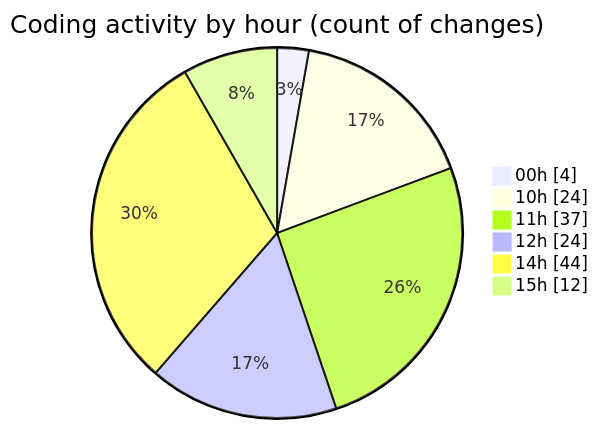
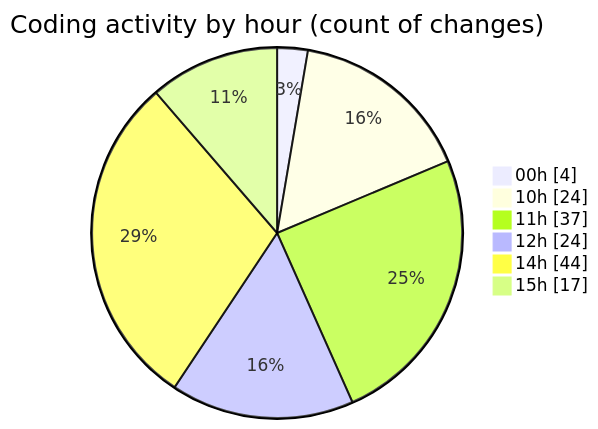
One commit to Netris89/code-tracking changed the second of 2 diagrams in 2025-04-04/back-end/README.md. Above: the diagram before and after it, drawn with Mermaid. The commit also changed other lines of this file and 1 other file, not shown here.

````diff
--- a/2025-04-04/back-end/README.md
+++ b/2025-04-04/back-end/README.md
@@ -47,10 +47,10 @@
 ```mermaid
 pie showData
 title Coding activity by hour (count of changes)
 "00h" : 4
 "10h" : 24
 "11h" : 37
 "12h" : 24
 "14h" : 44
-"15h" : 12
+"15h" : 17
 ```
````
